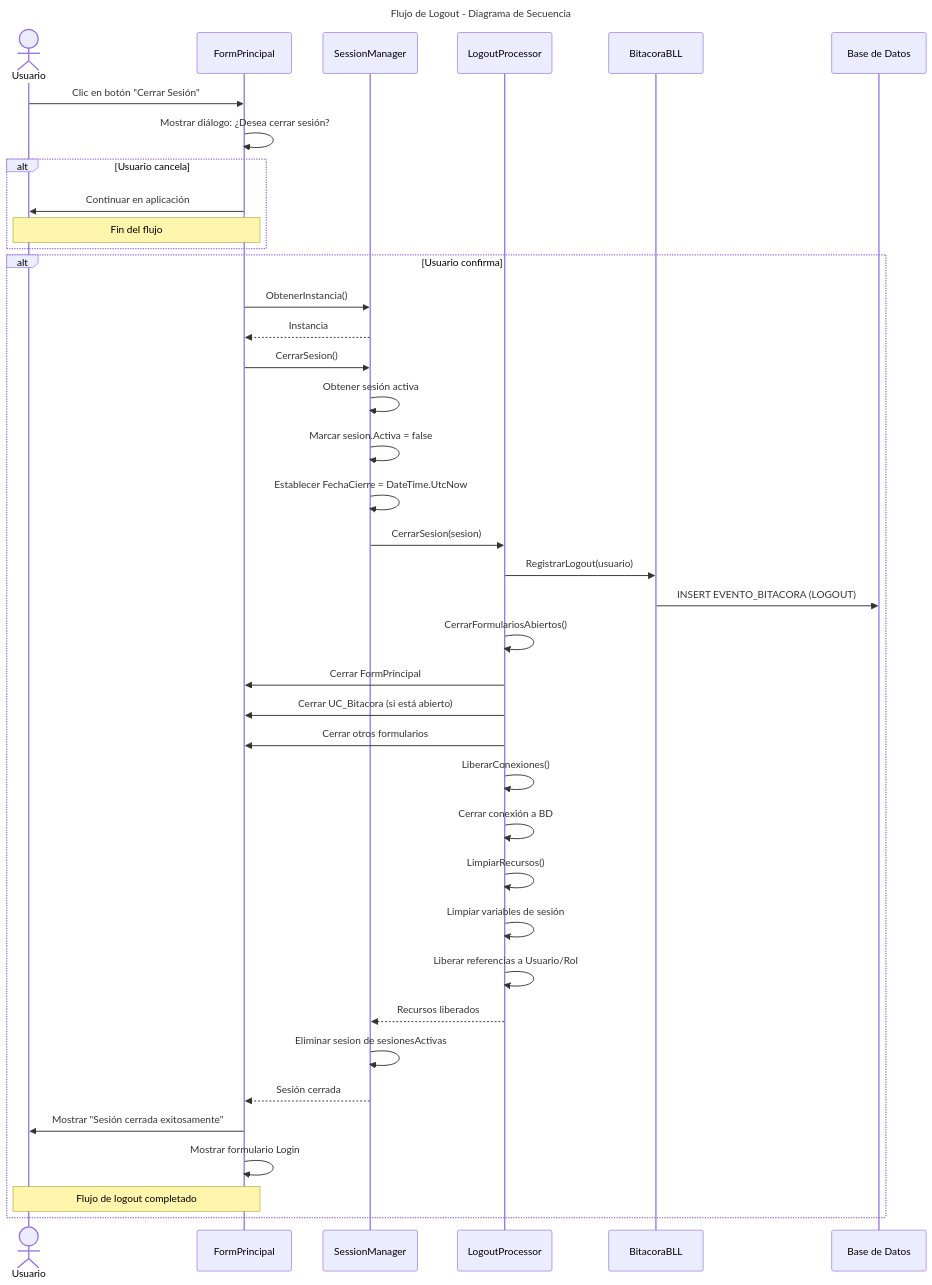
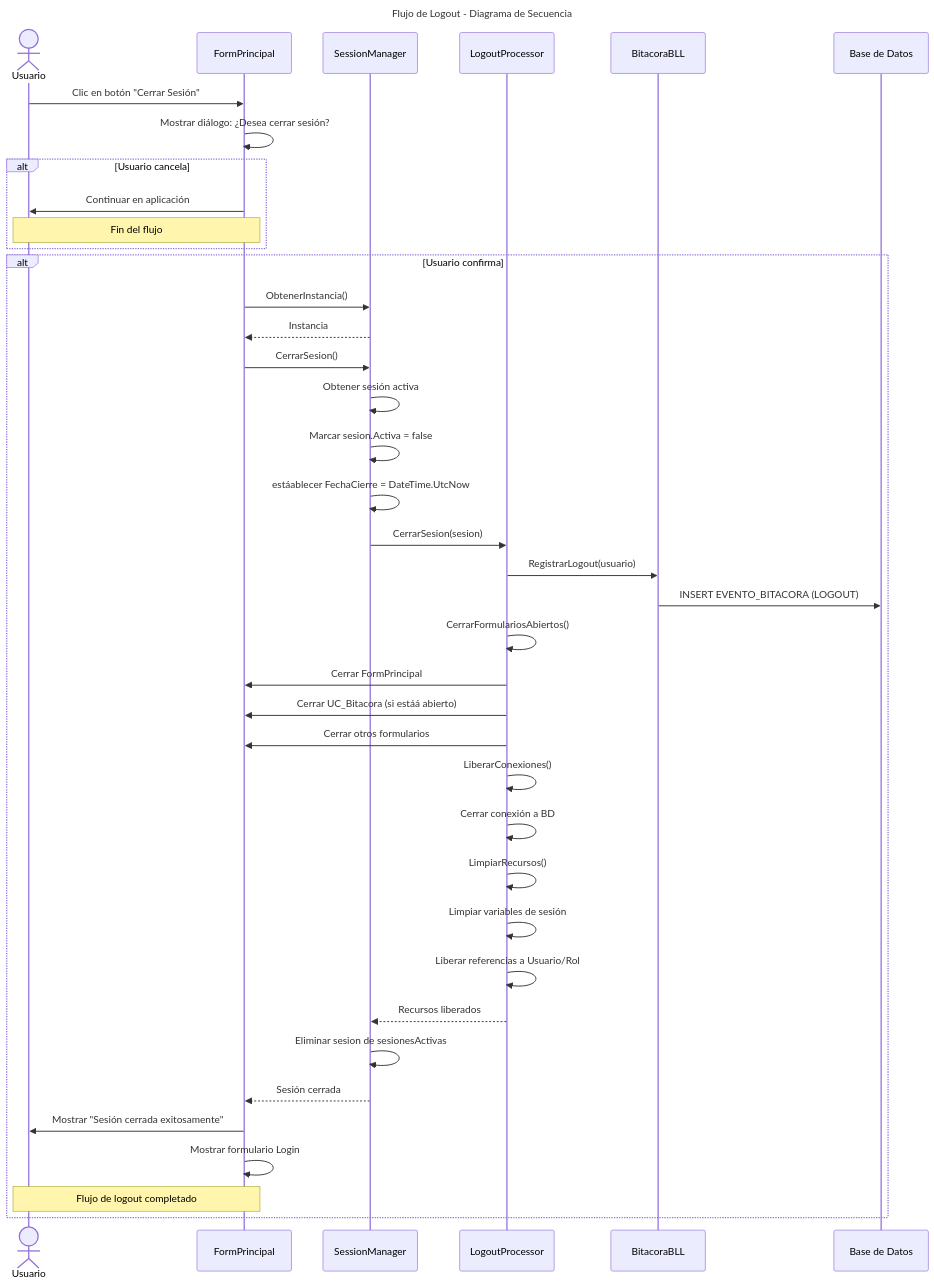
Before and after one commit to condenl/Trabajo-Practico-Final: the eighth of 14 diagrams in Documentacion/Carpeta_Documentacion.md, drawn with Mermaid. The commit also changed other lines of this file and 9 other files, not shown here.

````diff
--- a/Documentacion/Carpeta_Documentacion.md
+++ b/Documentacion/Carpeta_Documentacion.md
@@ -1763,60 +1894,60 @@
 ```mermaid
 ---
 title: Flujo de Logout - Diagrama de Secuencia
 config:
     theme: default
 ---
 sequenceDiagram
     actor Usuario
     participant UI as FormPrincipal
     participant SessionMgr as SessionManager
     participant LogoutProc as LogoutProcessor
     participant BitaBLL as BitacoraBLL
     participant BD as Base de Datos
 
     Usuario->>UI: Clic en botón "Cerrar Sesión"
     UI->>UI: Mostrar diálogo: ¿Desea cerrar sesión?
 
     alt Usuario cancela
         UI->>Usuario: Continuar en aplicación
         Note over Usuario,UI: Fin del flujo
     end
 
     alt Usuario confirma
         UI->>SessionMgr: ObtenerInstancia()
         SessionMgr-->>UI: Instancia
 
         UI->>SessionMgr: CerrarSesion()
 
         SessionMgr->>SessionMgr: Obtener sesión activa
 
         SessionMgr->>SessionMgr: Marcar sesion.Activa = false
-        SessionMgr->>SessionMgr: Establecer FechaCierre = DateTime.UtcNow
+        SessionMgr->>SessionMgr: estáablecer FechaCierre = DateTime.UtcNow
 
         SessionMgr->>LogoutProc: CerrarSesion(sesion)
 
         LogoutProc->>BitaBLL: RegistrarLogout(usuario)
         BitaBLL->>BD: INSERT EVENTO_BITACORA (LOGOUT)
 
         LogoutProc->>LogoutProc: CerrarFormulariosAbiertos()
         LogoutProc->>UI: Cerrar FormPrincipal
-        LogoutProc->>UI: Cerrar UC_Bitacora (si está abierto)
+        LogoutProc->>UI: Cerrar UC_Bitacora (si estáá abierto)
         LogoutProc->>UI: Cerrar otros formularios
 
         LogoutProc->>LogoutProc: LiberarConexiones()
         LogoutProc->>LogoutProc: Cerrar conexión a BD
 
         LogoutProc->>LogoutProc: LimpiarRecursos()
         LogoutProc->>LogoutProc: Limpiar variables de sesión
         LogoutProc->>LogoutProc: Liberar referencias a Usuario/Rol
 
         LogoutProc-->>SessionMgr: Recursos liberados
 
         SessionMgr->>SessionMgr: Eliminar sesion de sesionesActivas
         SessionMgr-->>UI: Sesión cerrada
 
         UI->>Usuario: Mostrar "Sesión cerrada exitosamente"
         UI->>UI: Mostrar formulario Login
         Note over Usuario,UI: Flujo de logout completado
     end
 ```
````
